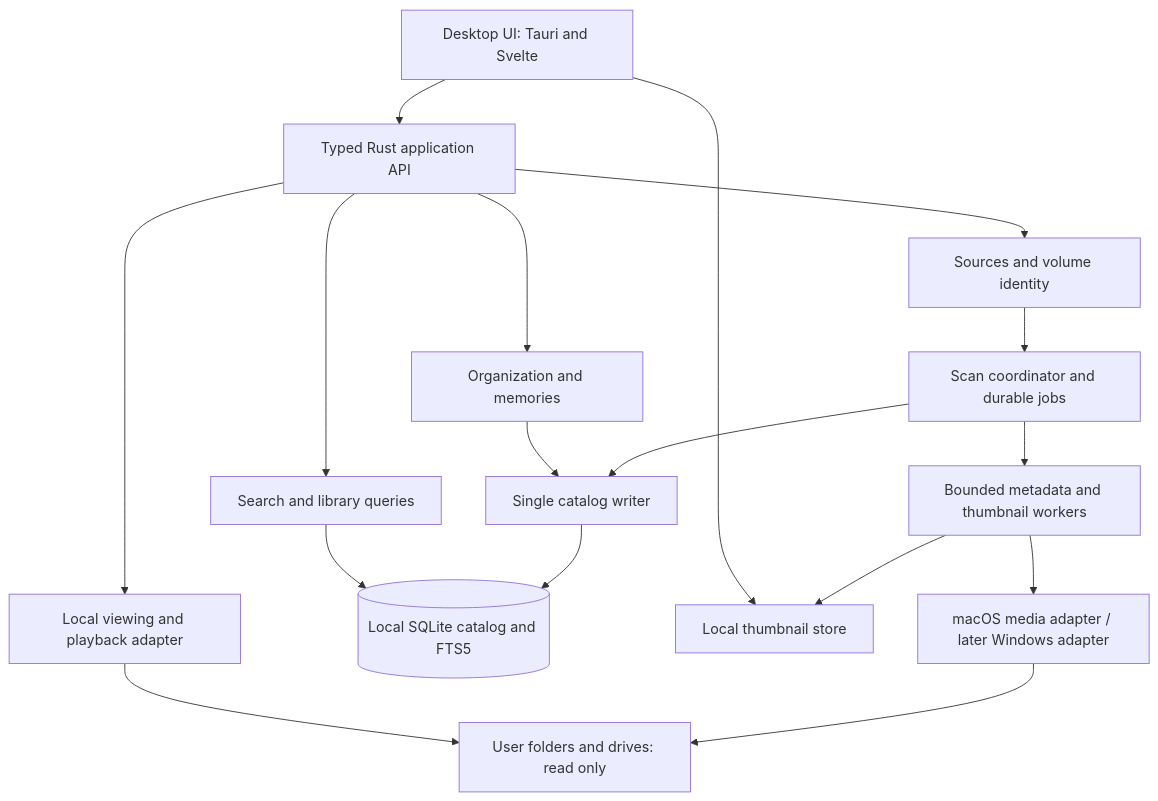
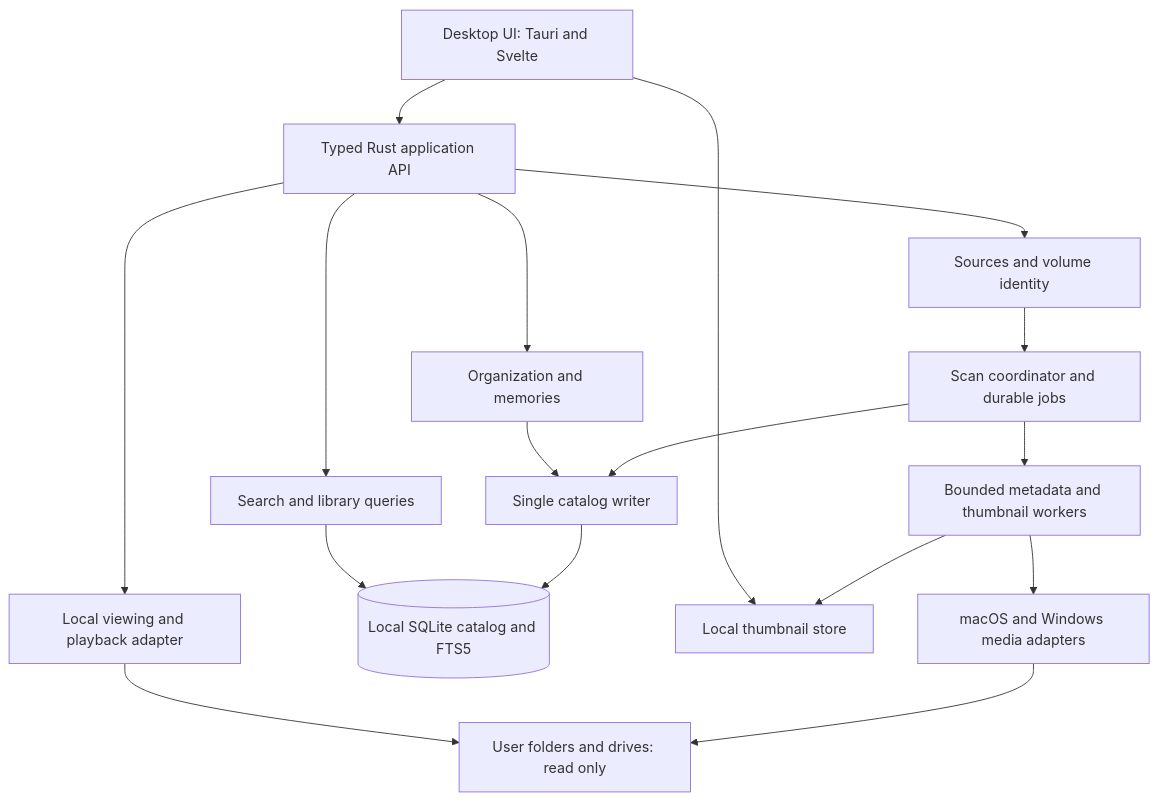
One commit to compulsiveDebugger/bimb changed the diagram in docs/architecture.md. Above: the diagram before and after it, drawn with Mermaid. The commit also changed other lines of this file and 24 other files, not shown here.

Commit message:
Add cross-platform local drive identity and Windows media support

````diff
--- a/docs/architecture.md
+++ b/docs/architecture.md
@@ -9,19 +9,19 @@
 ```mermaid
 flowchart TD
     UI[Desktop UI: Tauri and Svelte] --> API[Typed Rust application API]
     API --> Query[Search and library queries]
     API --> Org[Organization and memories]
     API --> Sources[Sources and volume identity]
     Sources --> Jobs[Scan coordinator and durable jobs]
     Jobs --> Workers[Bounded metadata and thumbnail workers]
-    Workers --> Platform[macOS media adapter / later Windows adapter]
+    Workers --> Platform[macOS and Windows media adapters]
     Platform --> Originals[User folders and drives: read only]
     Jobs --> Writer[Single catalog writer]
     Org --> Writer
     Writer --> DB[(Local SQLite catalog and FTS5)]
     Query --> DB
     Workers --> Cache[Local thumbnail store]
     API --> Viewer[Local viewing and playback adapter]
     Viewer --> Originals
     UI --> Cache
 ```
````
